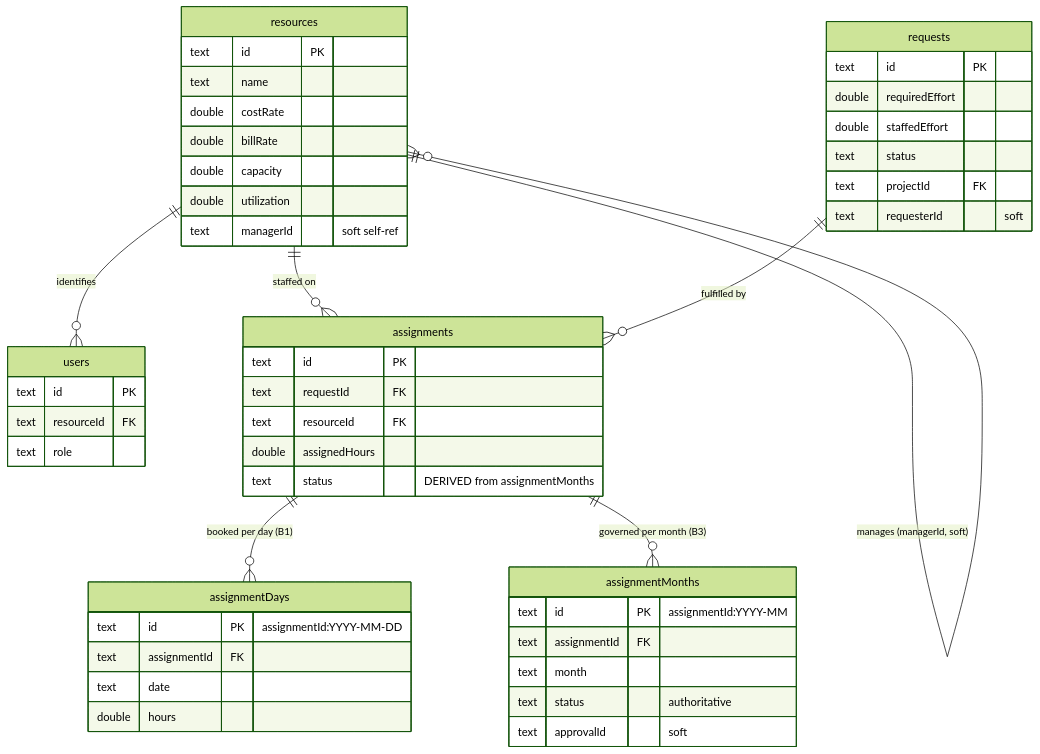
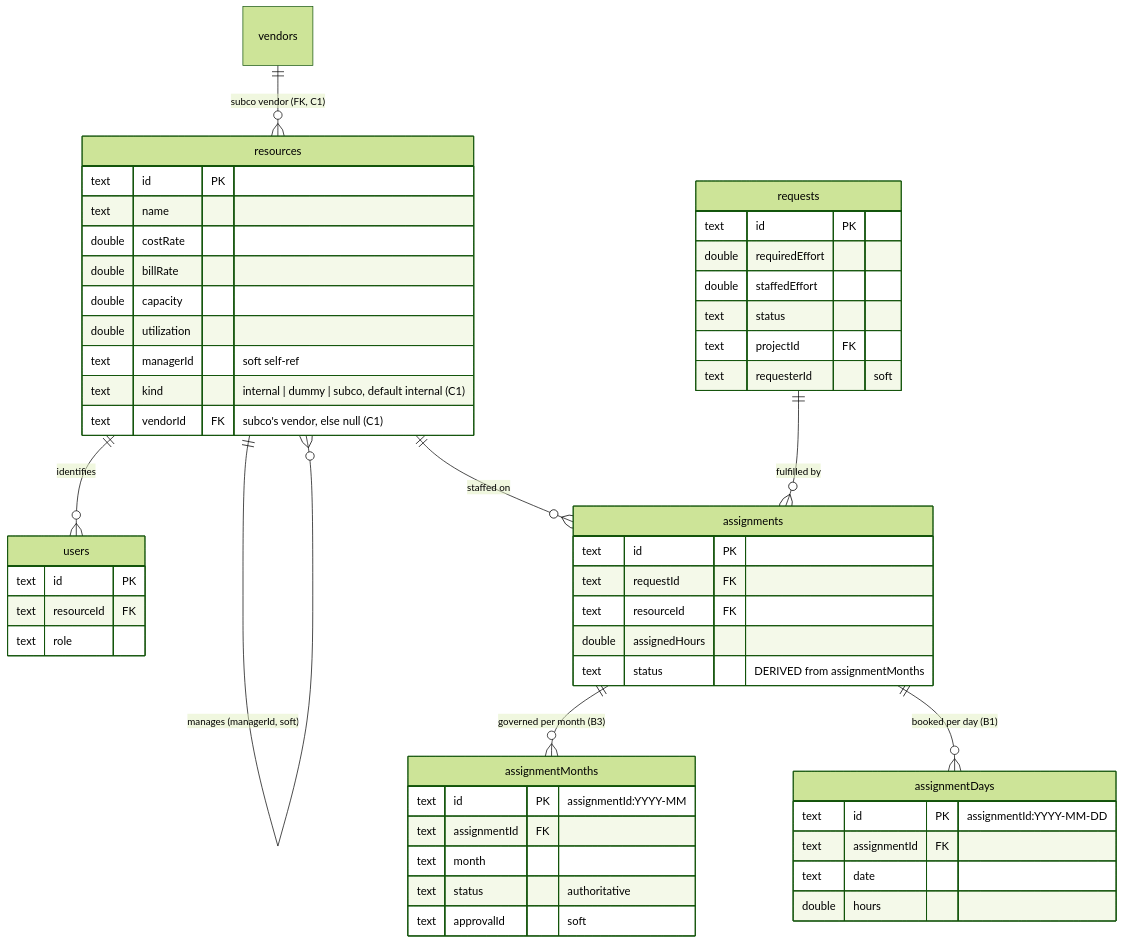
The first of 4 diagrams in docs/architecture/03-backend-and-data.md (Raistlin82/project-resource-mgmt), drawn with Mermaid (forest theme) before and after one commit. The commit also changed other lines of this file and 4 other files, not shown here.

````diff
--- a/docs/architecture/03-backend-and-data.md
+++ b/docs/architecture/03-backend-and-data.md
@@ -288,52 +288,55 @@
 ```mermaid
 erDiagram
     resources   ||--o{ users : "identifies"
     resources   ||--o{ assignments : "staffed on"
     requests    ||--o{ assignments : "fulfilled by"
     resources   ||--o{ resources : "manages (managerId, soft)"
+    vendors     ||--o{ resources : "subco vendor (FK, C1)"
     assignments ||--o{ assignmentDays : "booked per day (B1)"
     assignments ||--o{ assignmentMonths : "governed per month (B3)"
 
     resources {
         text id PK
         text name
         double costRate
         double billRate
         double capacity
         double utilization
         text managerId "soft self-ref"
+        text kind "internal | dummy | subco, default internal (C1)"
+        text vendorId FK "subco's vendor, else null (C1)"
     }
     users {
         text id PK
         text resourceId FK
         text role
     }
     requests {
         text id PK
         double requiredEffort
         double staffedEffort
         text status
         text projectId FK
         text requesterId "soft"
     }
     assignments {
         text id PK
         text requestId FK
         text resourceId FK
         double assignedHours
         text status "DERIVED from assignmentMonths"
     }
     assignmentDays {
         text id PK "assignmentId:YYYY-MM-DD"
         text assignmentId FK
         text date
         double hours
     }
     assignmentMonths {
         text id PK "assignmentId:YYYY-MM"
         text assignmentId FK
         text month
         text status "authoritative"
         text approvalId "soft"
     }
 ```
````
